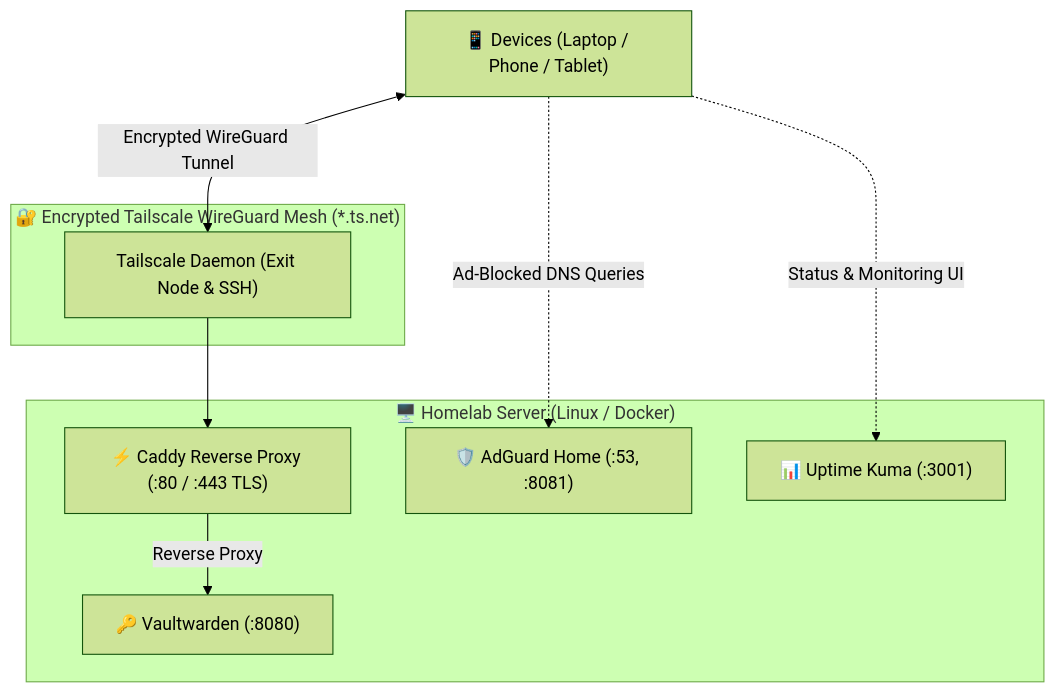
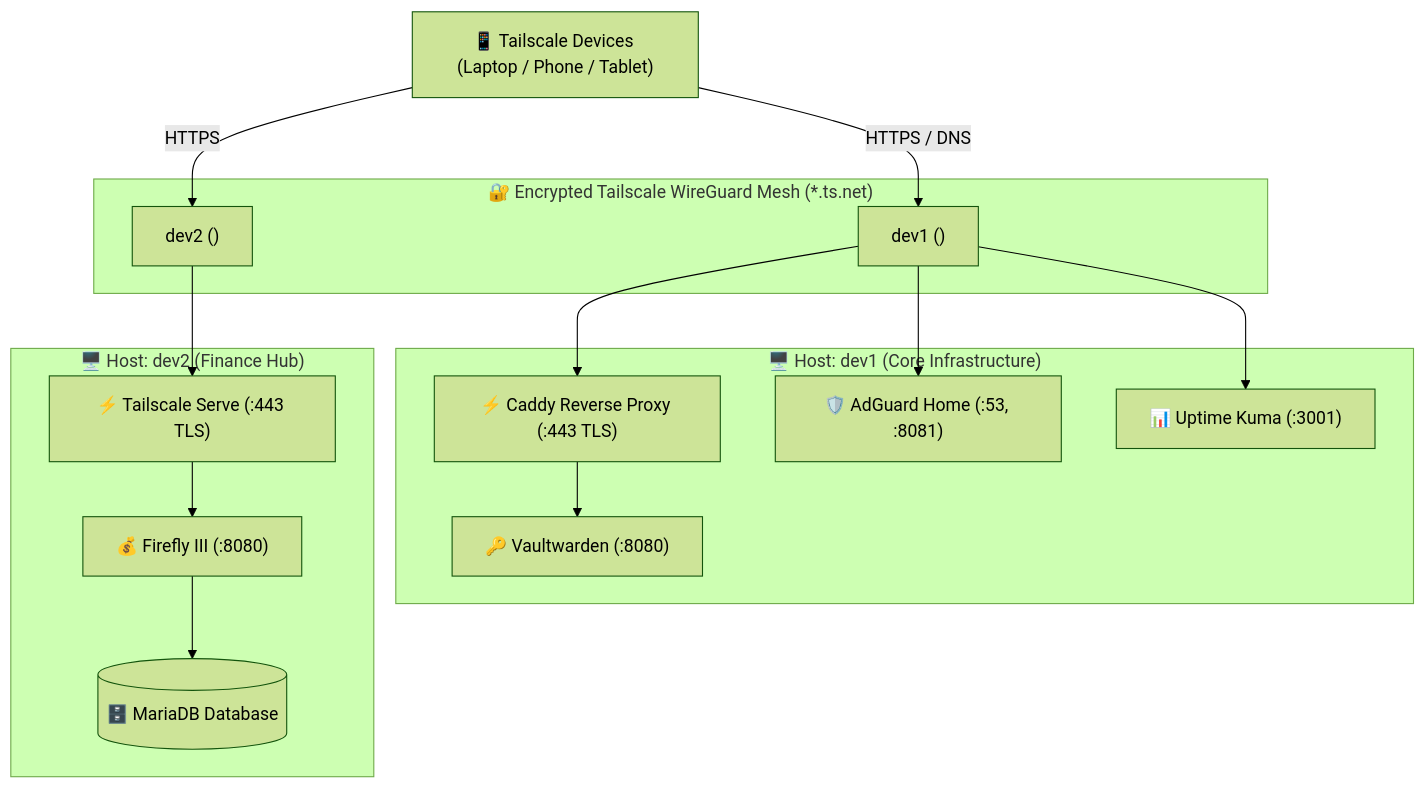
The diagram in README.md (sanjay-namdeo/homelab), drawn with Mermaid (forest theme) before and after one commit. The commit also changed other lines of this file and 13 other files, not shown here.

Commit message:
feat(multihost): introduce directory-per-host architecture with dev1 backward compatibility and dev2 finance stack

````diff
--- a/README.md
+++ b/README.md
@@ -11,19 +9,33 @@
 ```mermaid
 graph TD
-    Client["📱 Devices (Laptop / Phone / Tablet)"]
-    subgraph MeshNetwork ["🔐 Encrypted Tailscale WireGuard Mesh (*.ts.net)"]
-        TS["Tailscale Daemon (Exit Node & SSH)"]
+    Client["📱 Tailscale Devices (Laptop / Phone / Tablet)"]
+
+    subgraph TailscaleMesh ["🔐 Encrypted Tailscale WireGuard Mesh (*.ts.net)"]
+        TS1["dev1 (<dev1-tailscale-ip>)"]
+        TS2["dev2 (<dev2-tailscale-ip>)"]
     end
-    subgraph Host ["🖥️ Homelab Server (Linux / Docker)"]
-        Caddy["⚡ Caddy Reverse Proxy (:80 / :443 TLS)"]
+
+    subgraph HostDev1 ["🖥️ Host: dev1 (Core Infrastructure)"]
+        Caddy["⚡ Caddy Reverse Proxy (:443 TLS)"]
         VW["🔑 Vaultwarden (:8080)"]
         AG["🛡️ AdGuard Home (:53, :8081)"]
         UK["📊 Uptime Kuma (:3001)"]
     end
 
-    Client <-->|Encrypted WireGuard Tunnel| TS
-    TS --> Caddy
-    Caddy -->|Reverse Proxy| VW
-    Client -.->|Ad-Blocked DNS Queries| AG
-    Client -.->|Status & Monitoring UI| UK
+    subgraph HostDev2 ["🖥️ Host: dev2 (Finance Hub)"]
+        TS_Serve["⚡ Tailscale Serve (:443 TLS)"]
+        FF["💰 Firefly III (:8080)"]
+        DB[("🗄️ MariaDB Database")]
+    end
+
+    Client -->|HTTPS / DNS| TS1
+    TS1 --> Caddy
+    Caddy --> VW
+    TS1 --> AG
+    TS1 --> UK
+
+    Client -->|HTTPS| TS2
+    TS2 --> TS_Serve
+    TS_Serve --> FF
+    FF --> DB
 ```
````
